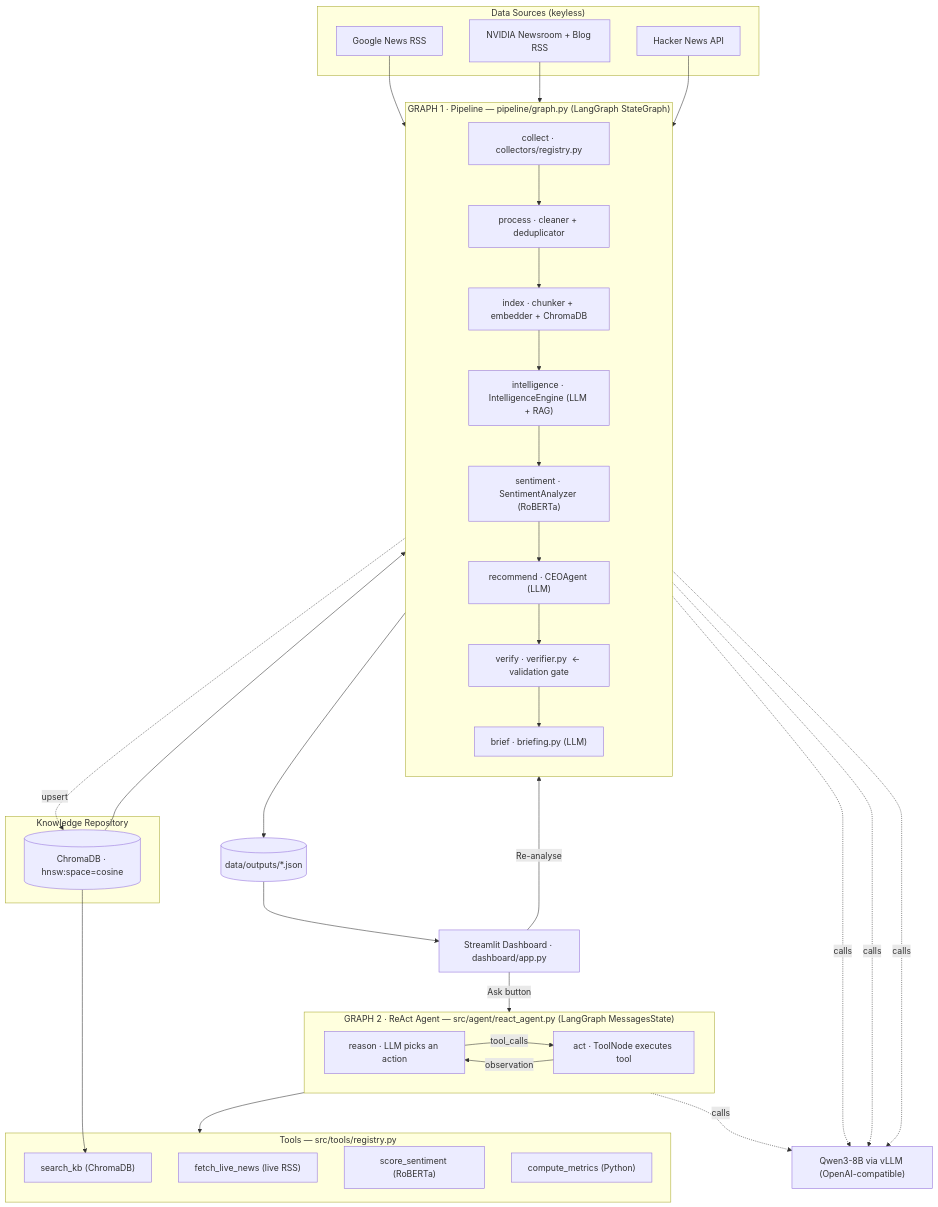
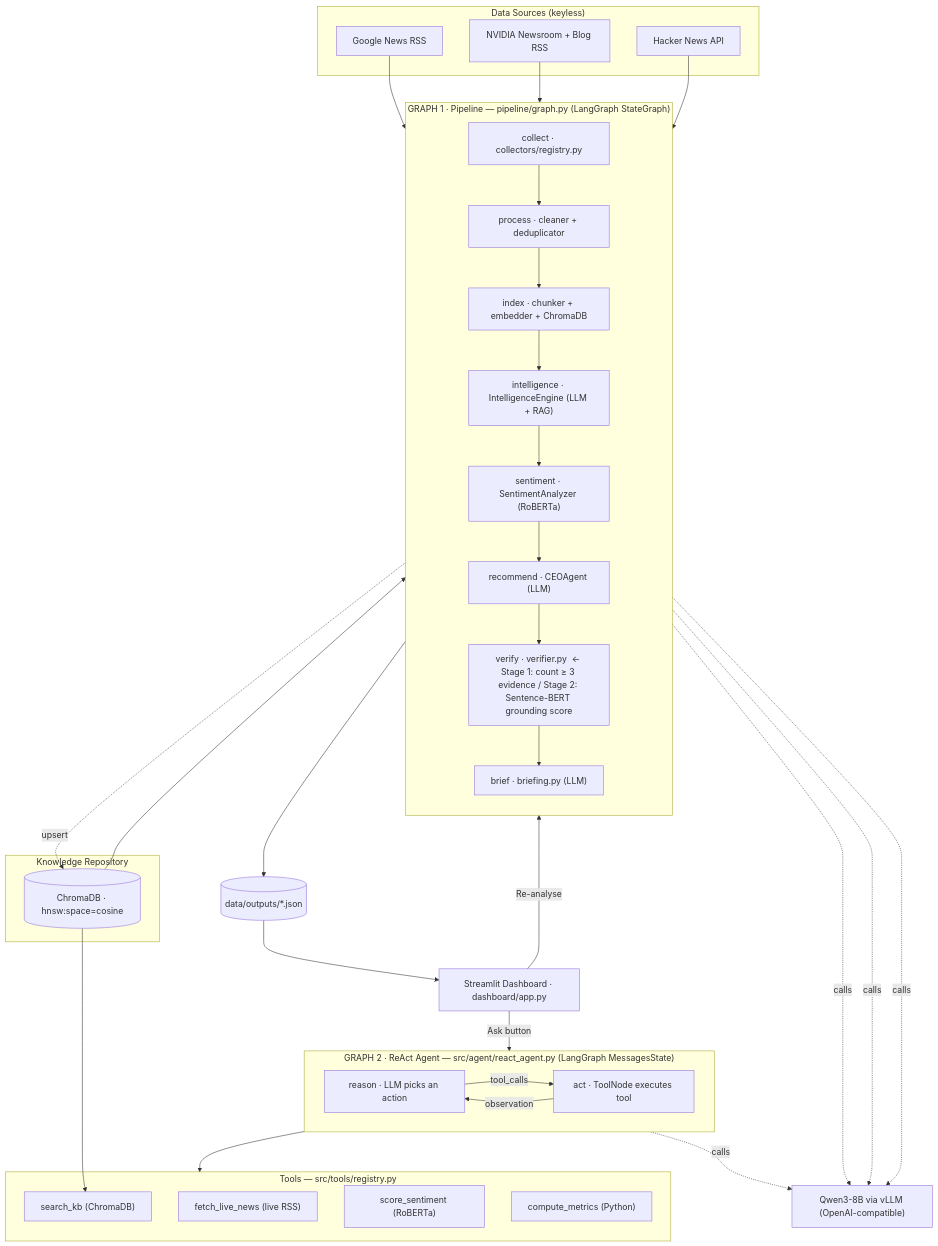
Before and after one commit to simranamesar/ai-ceo-agent: the diagram in docs/architecture.md, drawn with Mermaid. The commit also changed 6 other files, not shown here.

Commit message:
Upgrade verifier to two-stage gate: evidence count + Sentence-BERT grounding score

````diff
--- a/docs/architecture.md
+++ b/docs/architecture.md
@@ -10,56 +10,56 @@
 ```mermaid
 flowchart TD
     subgraph Sources["Data Sources (keyless)"]
         N["Google News RSS"]
         C["NVIDIA Newsroom + Blog RSS"]
         HN["Hacker News API"]
     end
 
     subgraph G1["GRAPH 1 · Pipeline — pipeline/graph.py (LangGraph StateGraph)"]
         direction TB
         COL["collect · collectors/registry.py"]
         PROC["process · cleaner + deduplicator"]
         IDX["index · chunker + embedder + ChromaDB"]
         INTEL["intelligence · IntelligenceEngine (LLM + RAG)"]
         SENT["sentiment · SentimentAnalyzer (RoBERTa)"]
         REC["recommend · CEOAgent (LLM)"]
-        VER["verify · verifier.py  ← validation gate"]
+        VER["verify · verifier.py  ← Stage 1: count ≥ 3 evidence / Stage 2: Sentence-BERT grounding score"]
         BRF["brief · briefing.py (LLM)"]
         COL --> PROC --> IDX --> INTEL --> SENT --> REC --> VER --> BRF
     end
 
     subgraph STORE["Knowledge Repository"]
         CHROMA[("ChromaDB · hnsw:space=cosine")]
     end
 
     subgraph TOOLS["Tools — src/tools/registry.py"]
         T1["search_kb (ChromaDB)"]
         T2["fetch_live_news (live RSS)"]
         T3["score_sentiment (RoBERTa)"]
         T4["compute_metrics (Python)"]
     end
 
     subgraph G2["GRAPH 2 · ReAct Agent — src/agent/react_agent.py (LangGraph MessagesState)"]
         direction LR
         RSN["reason · LLM picks an action"] -->|tool_calls| ACT["act · ToolNode executes tool"]
         ACT -->|observation| RSN
     end
 
     OUT[("data/outputs/*.json")]
     DASH["Streamlit Dashboard · dashboard/app.py"]
     LLM["Qwen3-8B via vLLM (OpenAI-compatible)"]
 
     N & C & HN --> COL
     IDX -. upsert .-> CHROMA
     CHROMA --> INTEL
     CHROMA --> T1
     BRF --> OUT --> DASH
     DASH -->|Ask button| G2
     DASH -->|Re-analyse| G1
 
     ACT --> TOOLS
     INTEL -. calls .-> LLM
     REC -. calls .-> LLM
     BRF -. calls .-> LLM
     RSN -. calls .-> LLM
 ```
````
